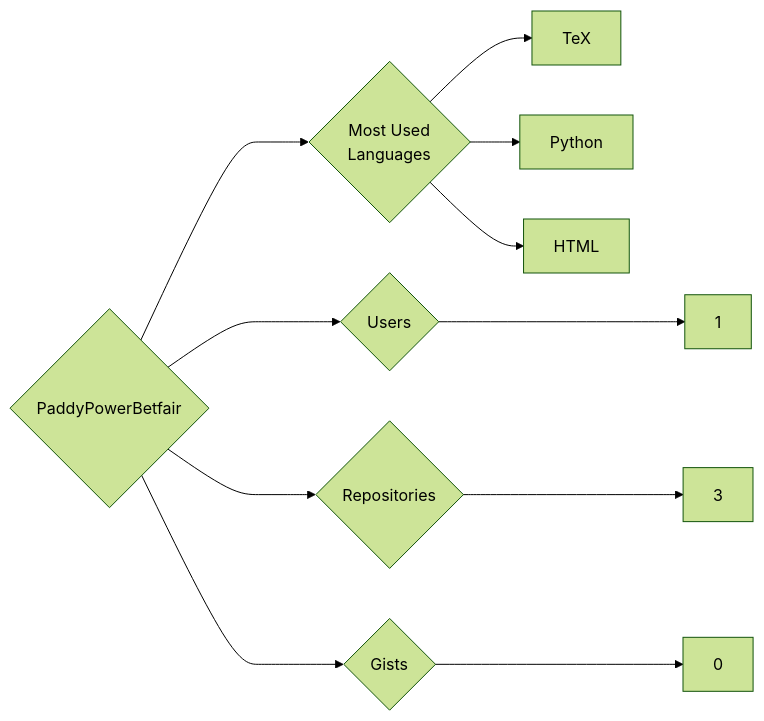
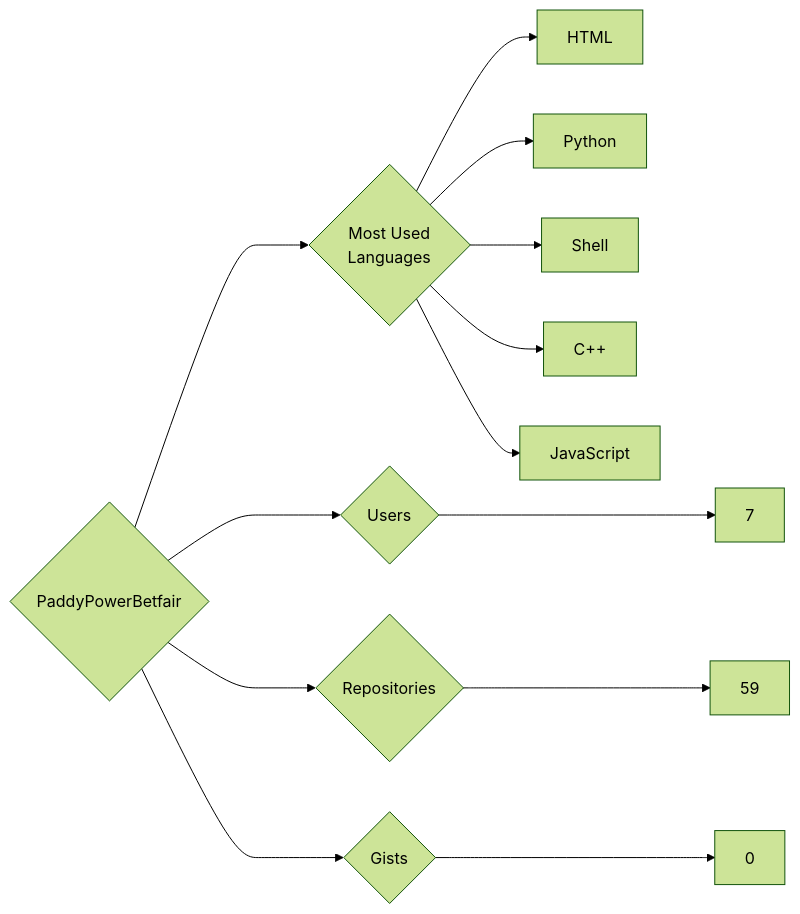
One commit to trickest/insiders changed the diagram in targets/PaddyPowerBetfair/README.md. Above: the diagram before and after it, drawn with Mermaid (forest theme). The commit also changed 1696 other files, not shown here.

````diff
--- a/targets/PaddyPowerBetfair/README.md
+++ b/targets/PaddyPowerBetfair/README.md
@@ -3,11 +3,13 @@
 ```mermaid
 graph LR
 COMPANY_NAME{PaddyPowerBetfair}
-COMPANY_NAME ---> U{Users} ---> UN[1]
-COMPANY_NAME ---> R{Repositories} ---> RN[3]
+COMPANY_NAME ---> U{Users} ---> UN[7]
+COMPANY_NAME ---> R{Repositories} ---> RN[59]
 COMPANY_NAME ---> G{Gists} ---> GN[0]
 COMPANY_NAME ---> ML{Most Used<br>Languages}
-ML --> TeX[TeX]
+ML --> HTML[HTML]
 ML --> Python[Python]
-ML --> HTML[HTML]
+ML --> Shell[Shell]
+ML --> C++[C++]
+ML --> JavaScript[JavaScript]
 ```
````
